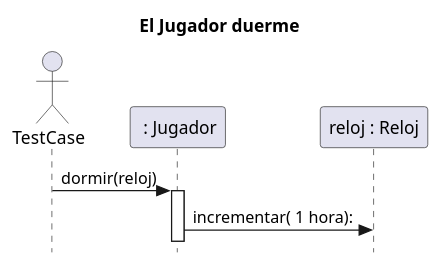
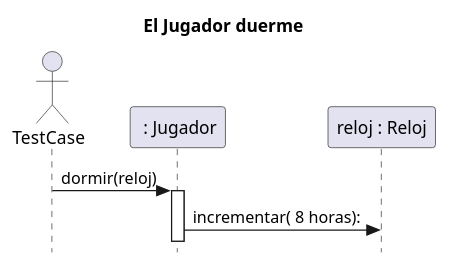
The diagram in diagrams/sequences/JugadorDuerme.puml (martinanus/algo3_tp2), drawn with PlantUML before and after one commit. The commit also changed 1 other file, not shown here.

Commit message:
Actualizacion diagrama de secuencia

```diff
--- a/diagrams/sequences/JugadorDuerme.puml
+++ b/diagrams/sequences/JugadorDuerme.puml
@@ -1,15 +1,15 @@
 @startuml
 skinparam style strictuml
 title:  El Jugador duerme
 
 actor TestCase
 
 participant " : Jugador" as jugador
 participant "reloj : Reloj" as reloj
 
 
 TestCase -> jugador: dormir(reloj)
 activate jugador
-jugador -> reloj: incrementar( 1 hora):
+jugador -> reloj: incrementar( 8 horas):
 
 @enduml
```
